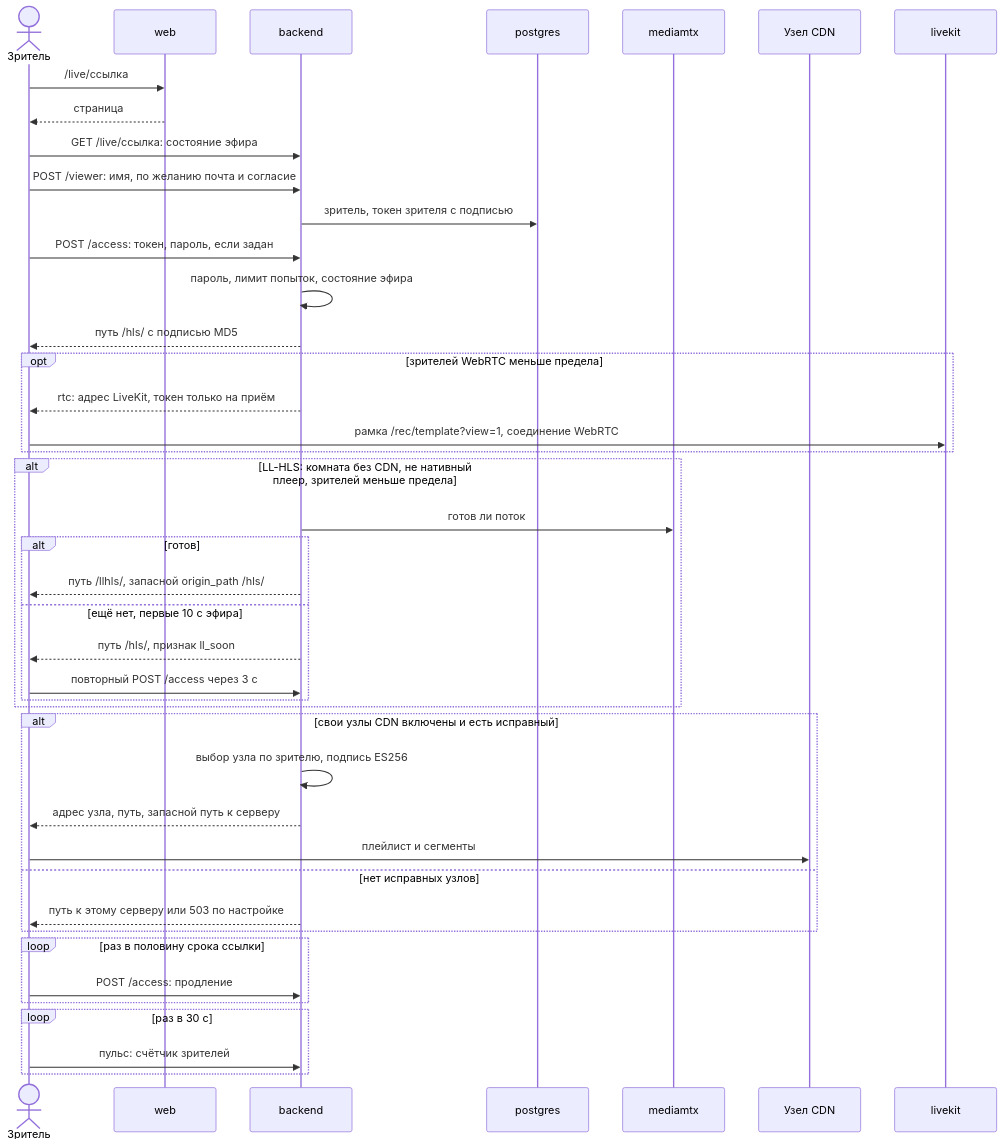
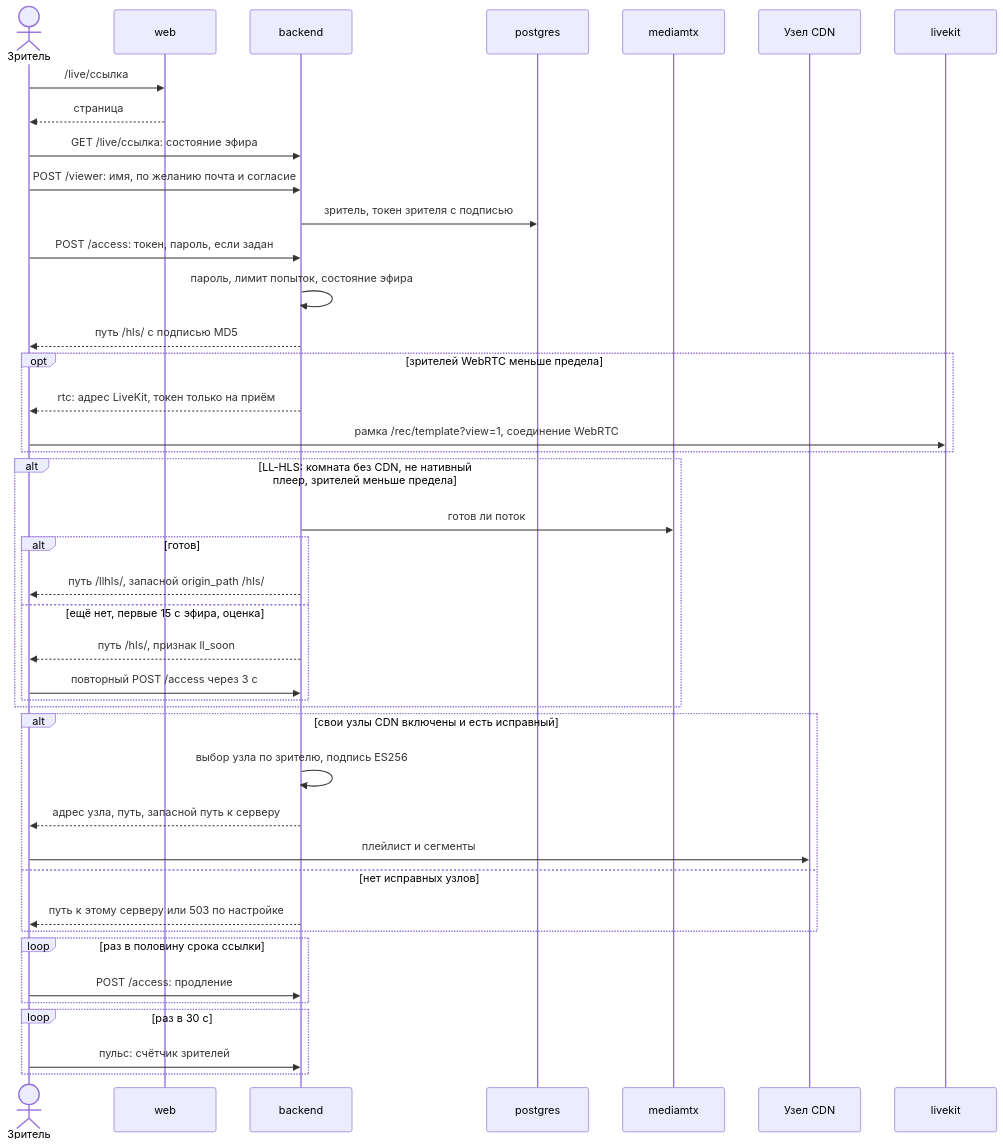
The third of 7 diagrams in wiki/Архитектура-Последовательности-трансляций.md (calleograph/peregovorka), drawn with Mermaid before and after one commit. The commit also changed 104 other files, not shown here.

````diff
--- a/wiki/Архитектура-Последовательности-трансляций.md
+++ b/wiki/Архитектура-Последовательности-трансляций.md
@@ -79,44 +79,44 @@
 ```mermaid
 sequenceDiagram
   actor V as Зритель
   participant W as web
   participant B as backend
   participant DB as postgres
   participant M as mediamtx
   participant N as Узел CDN
   participant LK as livekit
   V->>W: /live/ссылка
   W-->>V: страница
   V->>B: GET /live/ссылка: состояние эфира
   V->>B: POST /viewer: имя, по желанию почта и согласие
   B->>DB: зритель, токен зрителя с подписью
   V->>B: POST /access: токен, пароль, если задан
   B->>B: пароль, лимит попыток, состояние эфира
   B-->>V: путь /hls/ с подписью MD5
   opt зрителей WebRTC меньше предела
     B-->>V: rtc: адрес LiveKit, токен только на приём
     V->>LK: рамка /rec/template?view=1, соединение WebRTC
   end
   alt LL-HLS: комната без CDN, не нативный плеер, зрителей меньше предела
     B->>M: готов ли поток
     alt готов
       B-->>V: путь /llhls/, запасной origin_path /hls/
-    else ещё нет, первые 10 с эфира
+    else ещё нет, первые 15 с эфира, оценка
       B-->>V: путь /hls/, признак ll_soon
       V->>B: повторный POST /access через 3 с
     end
   end
   alt свои узлы CDN включены и есть исправный
     B->>B: выбор узла по зрителю, подпись ES256
     B-->>V: адрес узла, путь, запасной путь к серверу
     V->>N: плейлист и сегменты
   else нет исправных узлов
     B-->>V: путь к этому серверу или 503 по настройке
   end
   loop раз в половину срока ссылки
     V->>B: POST /access: продление
   end
   loop раз в 30 с
     V->>B: пульс: счётчик зрителей
   end
 ```
````
